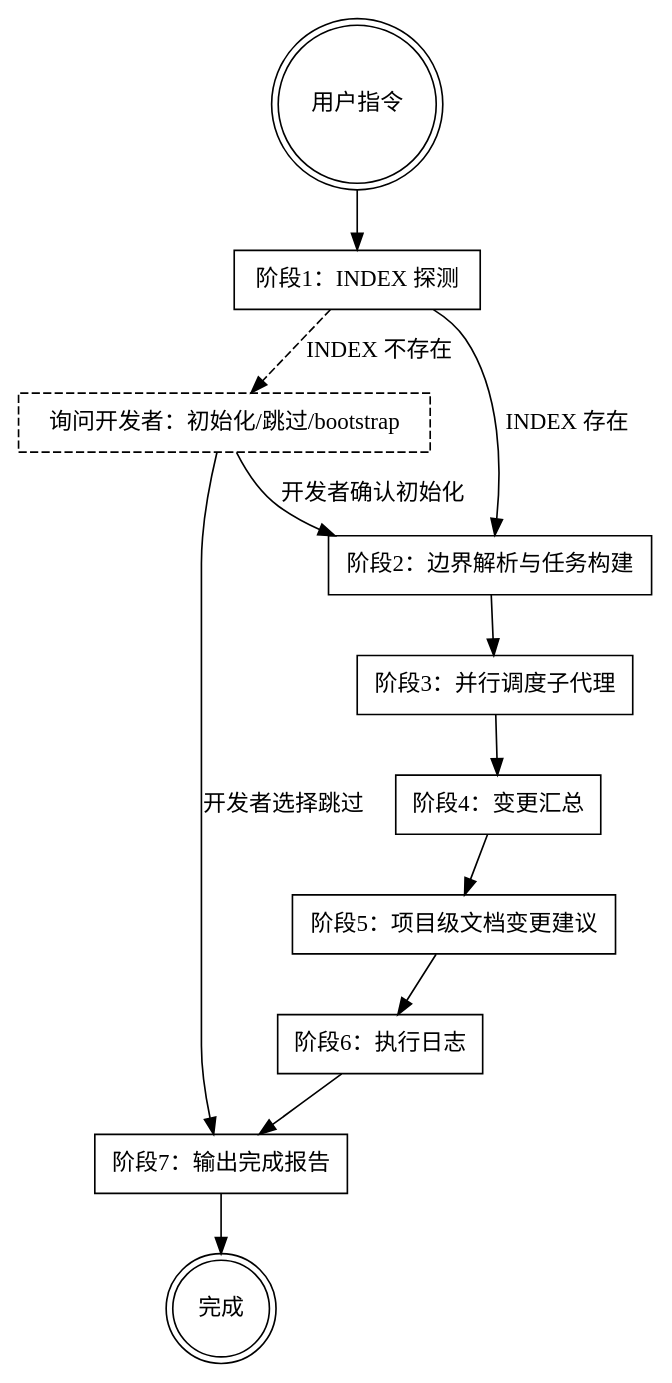
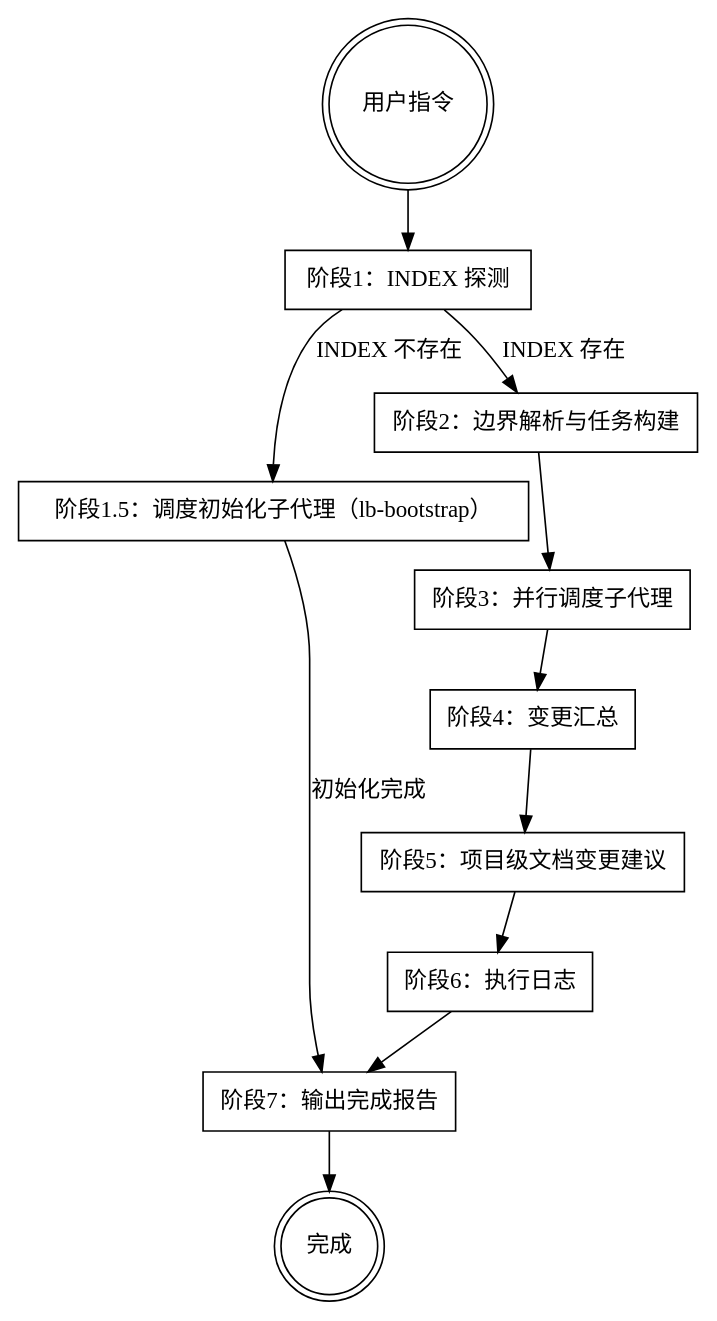
The diagram in skills/lb-doc-owner/SKILL.md (synuwxy/lunbian), drawn with Graphviz before and after one commit. The commit also changed other lines of this file and 24 other files, not shown here.

````diff
--- a/skills/lb-doc-owner/SKILL.md
+++ b/skills/lb-doc-owner/SKILL.md
@@ -98,29 +101,28 @@
 ```dot
 digraph lb_doc_owner {
     rankdir=TB;
     node [shape=box];
 
     start [label="用户指令" shape=doublecircle];
     detect [label="阶段1：INDEX 探测"];
-    ask_init [label="询问开发者：初始化/跳过/bootstrap" style=dashed];
+    bootstrap [label="阶段1.5：调度初始化子代理（lb-bootstrap）"];
     parse [label="阶段2：边界解析与任务构建"];
     dispatch [label="阶段3：并行调度子代理"];
     merge [label="阶段4：变更汇总"];
     project [label="阶段5：项目级文档变更建议"];
     log [label="阶段6：执行日志"];
     report [label="阶段7：输出完成报告"];
     end [label="完成" shape=doublecircle];
 
     start -> detect;
     detect -> parse [label="INDEX 存在"];
-    detect -> ask_init [label="INDEX 不存在" style=dashed];
-    ask_init -> parse [label="开发者确认初始化"];
-    ask_init -> report [label="开发者选择跳过"];
+    detect -> bootstrap [label="INDEX 不存在"];
+    bootstrap -> report [label="初始化完成"];
     parse -> dispatch;
     dispatch -> merge;
     merge -> project;
     project -> log;
     log -> report;
     report -> end;
 }
 ```
````
